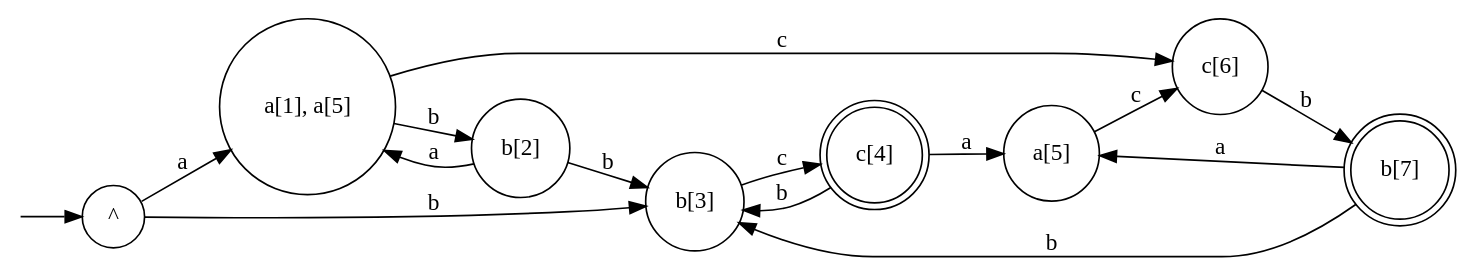
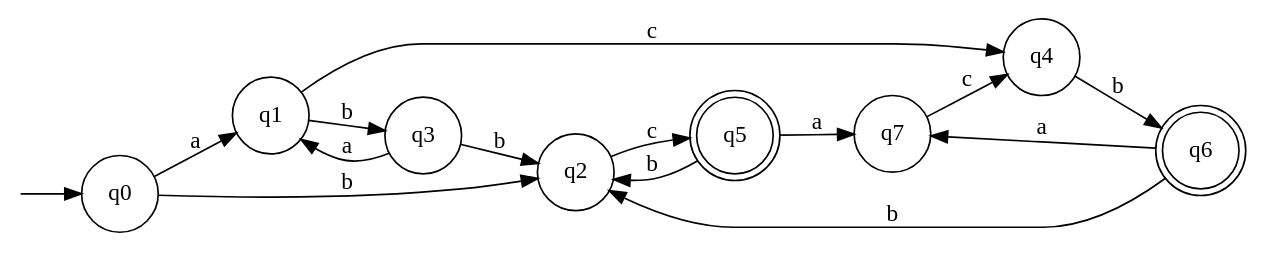
One commit to water-mizuu/finite_automata_conversion changed the diagram in dfa.dot. Above: the diagram before and after it, drawn with Graphviz. The commit also changed 9 other files, not shown here.

```diff
--- a/dfa.dot
+++ b/dfa.dot
@@ -1,26 +1,26 @@
 digraph G {
   rankdir=LR;
   n__ [label="" shape=none width=.0];
-  0 [shape=circle label="^"];
-  1 [shape=circle label="a[1], a[5]"];
-  2 [shape=circle label="b[3]"];
-  3 [shape=circle label="b[2]"];
-  4 [shape=circle label="c[6]"];
-  5 [shape=doublecircle label="c[4]"];
-  6 [shape=doublecircle label="b[7]"];
-  7 [shape=circle label="a[5]"];
+  0 [shape=circle label="q0"];
+  1 [shape=circle label="q1"];
+  2 [shape=circle label="q2"];
+  3 [shape=circle label="q3"];
+  4 [shape=circle label="q4"];
+  5 [shape=doublecircle label="q5"];
+  6 [shape=doublecircle label="q6"];
+  7 [shape=circle label="q7"];
   n__ -> 0;
   0 -> 1 [label="a"];
   0 -> 2 [label="b"];
   1 -> 3 [label="b"];
   1 -> 4 [label="c"];
   2 -> 5 [label="c"];
   3 -> 1 [label="a"];
   3 -> 2 [label="b"];
   4 -> 6 [label="b"];
   5 -> 7 [label="a"];
   5 -> 2 [label="b"];
   6 -> 7 [label="a"];
   6 -> 2 [label="b"];
   7 -> 4 [label="c"];
 }
```
